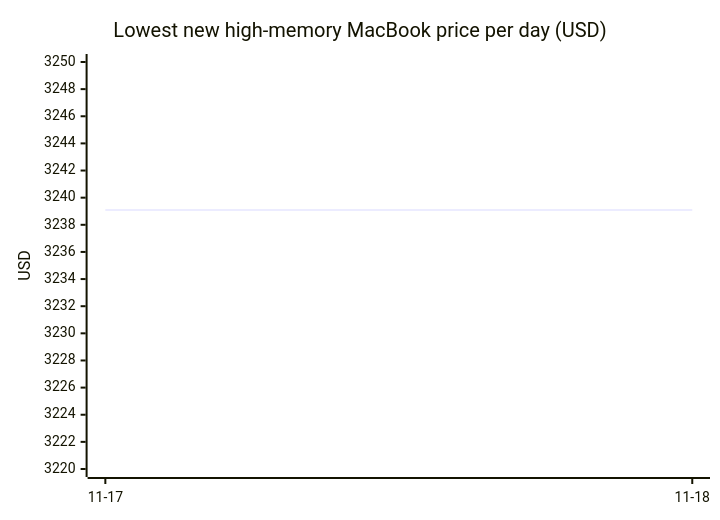
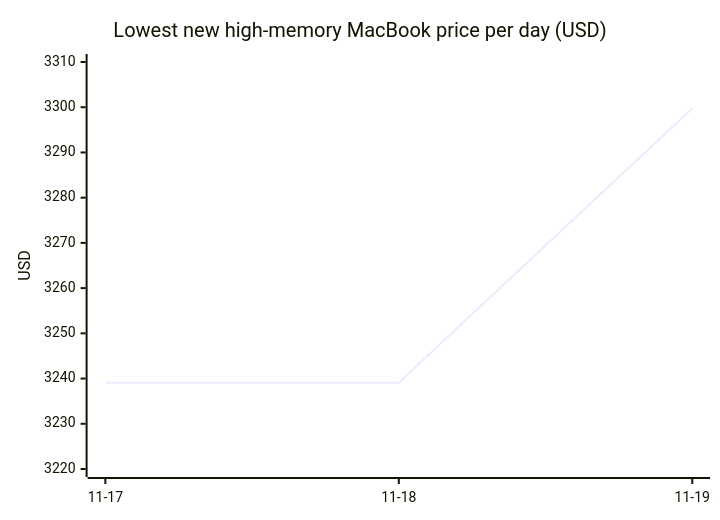
Before and after one commit to 7324136828/4tb_ssd_price_watch: diagram 17 of 18 in README.md, drawn with Mermaid. The commit also changed other lines of this file, not shown here.

````diff
--- a/README.md
+++ b/README.md
@@ -1134,7 +1243,7 @@
 ```mermaid
 xychart-beta
     title "Lowest new high-memory MacBook price per day (USD)"
-    x-axis ["11-17", "11-18"]
-    y-axis "USD" 3220 --> 3250
-    line [3239.09, 3239.10]
+    x-axis ["11-17", "11-18", "11-19"]
+    y-axis "USD" 3220 --> 3310
+    line [3239.09, 3239.10, 3299.74]
 ```
````
